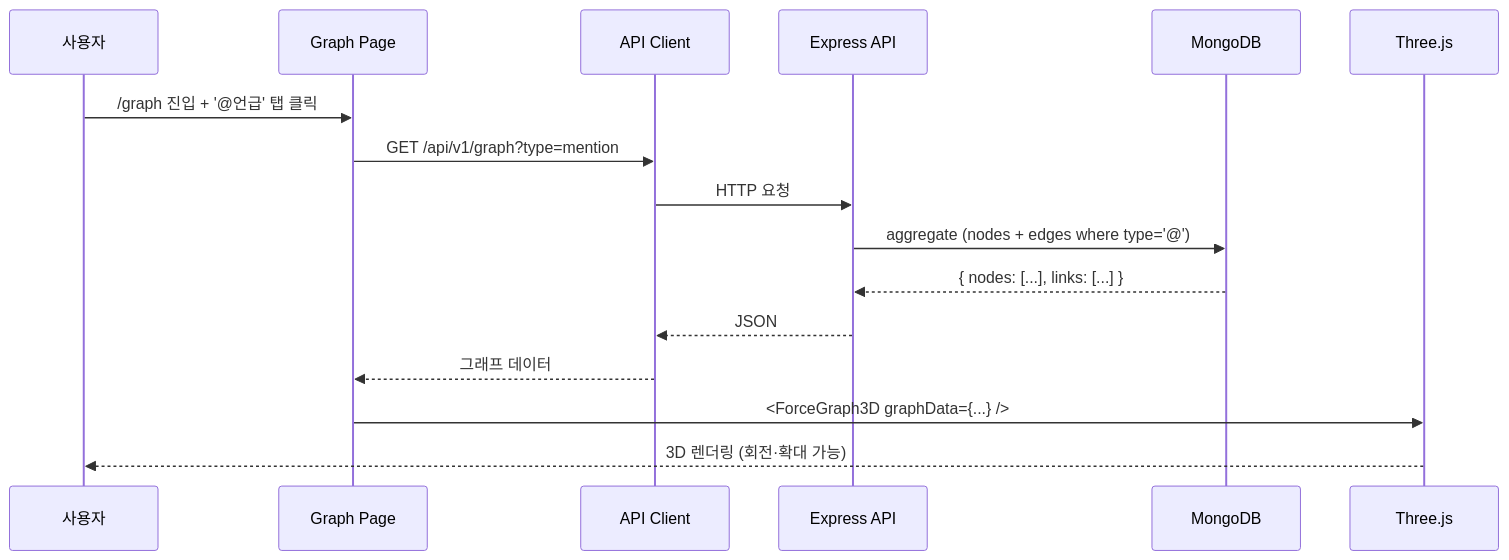
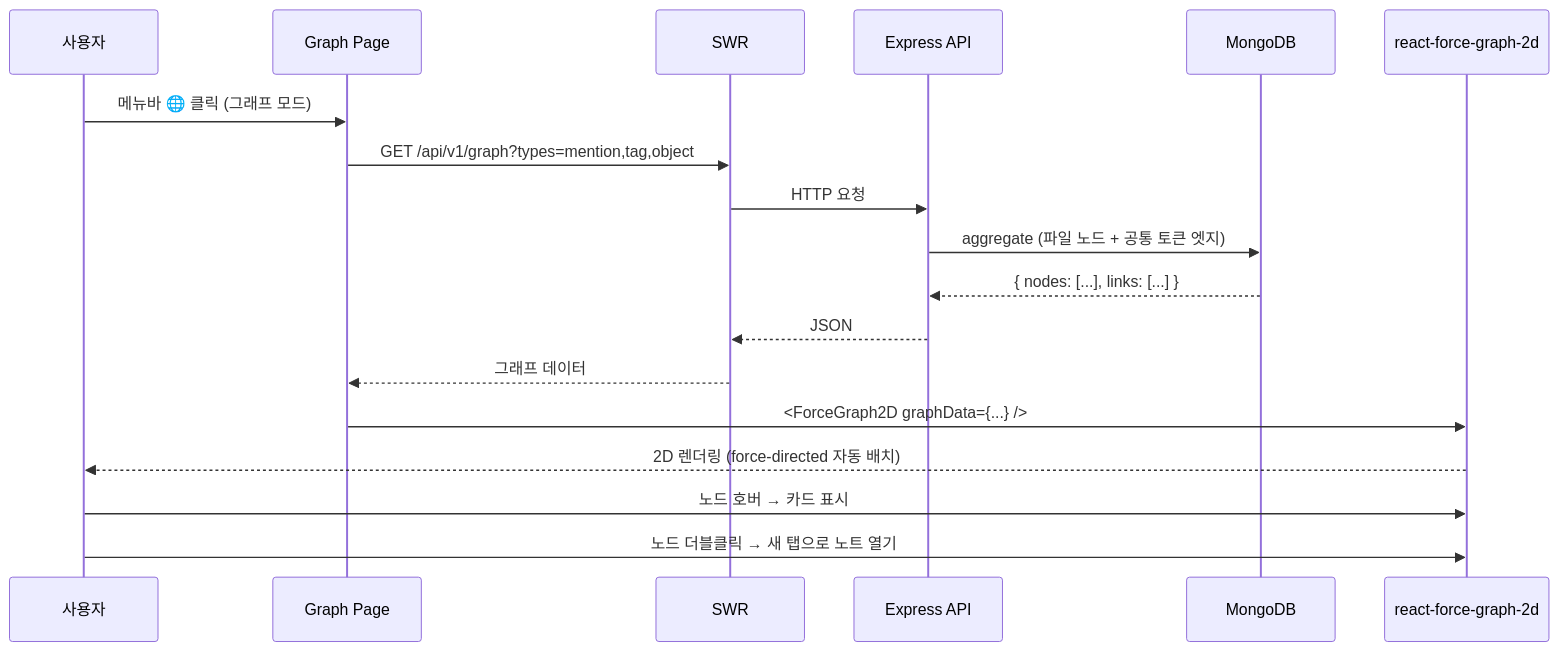
The third of 4 diagrams in 03_설계/시스템_아키텍처.md (GC-Five-Guys/Docs), drawn with Mermaid before and after one commit. The commit also changed other lines of this file and 4 other files, not shown here.

````diff
--- a/03_설계/시스템_아키텍처.md
+++ b/03_설계/시스템_아키텍처.md
@@ -265,19 +333,21 @@
 ```mermaid
 sequenceDiagram
     participant U as 사용자
-    participant P as Graph Page
-    participant A as API Client
+    participant G as Graph Page
+    participant A as SWR
     participant API as Express API
     participant DB as MongoDB
-    participant TJ as Three.js
+    participant FG as react-force-graph-2d
 
-    U->>P: /graph 진입 + '@언급' 탭 클릭
-    P->>A: GET /api/v1/graph?type=mention
+    U->>G: 메뉴바 🌐 클릭 (그래프 모드)
+    G->>A: GET /api/v1/graph?types=mention,tag,object
     A->>API: HTTP 요청
-    API->>DB: aggregate (nodes + edges where type='@')
+    API->>DB: aggregate (파일 노드 + 공통 토큰 엣지)
     DB-->>API: { nodes: [...], links: [...] }
     API-->>A: JSON
-    A-->>P: 그래프 데이터
-    P->>TJ: <ForceGraph3D graphData={...} />
-    TJ-->>U: 3D 렌더링 (회전·확대 가능)
+    A-->>G: 그래프 데이터
+    G->>FG: <ForceGraph2D graphData={...} />
+    FG-->>U: 2D 렌더링 (force-directed 자동 배치)
+    U->>FG: 노드 호버 → 카드 표시
+    U->>FG: 노드 더블클릭 → 새 탭으로 노트 열기
 ```
````
